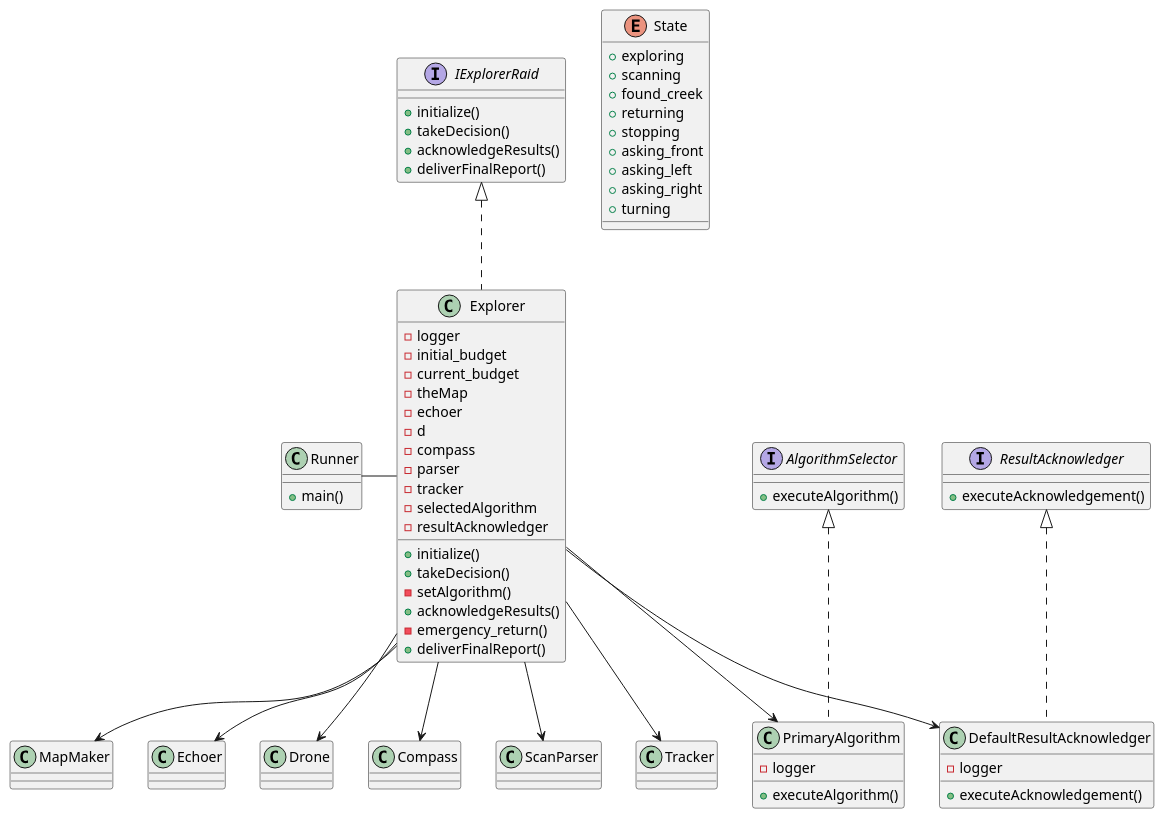
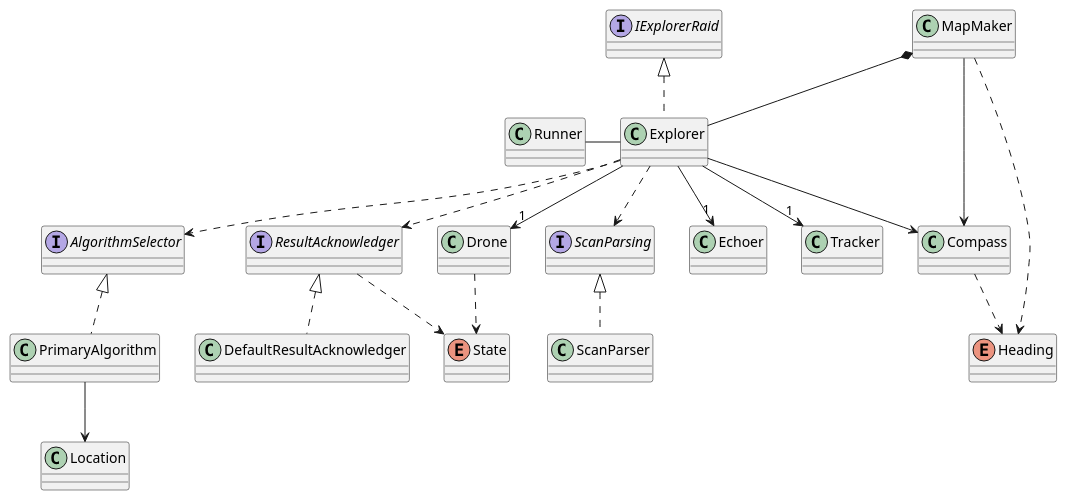
One commit to nehadst/Drone-Rescue changed the diagram in team102_UML.plantuml. Above: the diagram before and after it, drawn with PlantUML.

Commit message:
Further improved high level UML diagram #11

```diff
--- a/team102_UML.plantuml
+++ b/team102_UML.plantuml
@@ -1,73 +1,45 @@
-@startuml Team102_UML
+@startuml HighLevel_UML
 
-class Runner {
-    +main()
-}
+interface IExplorerRaid
+interface AlgorithmSelector
+interface ResultAcknowledger
+interface ScanParsing
+
+class Compass
+class DefaultResultAcknowledger implements ResultAcknowledger
+class Drone
+class Echoer
+class Explorer implements IExplorerRaid 
+class Location
+class MapMaker 
+class PrimaryAlgorithm implements AlgorithmSelector
+class Runner
+class ScanParser implements ScanParsing
+class Tracker
+
+enum State
+enum Heading
+
+Compass ..> Heading
+
+Drone ..> State
+
+Explorer --> "1" Echoer
+Explorer --> "1" Drone
+Explorer --> Compass
+Explorer ..> ScanParsing
+Explorer --> "1" Tracker
+Explorer ..> AlgorithmSelector
+Explorer ..> ResultAcknowledger
+
+MapMaker --> Compass
+MapMaker *-- Explorer
+MapMaker ..> Heading
+
+PrimaryAlgorithm --> Location
+
+ResultAcknowledger ..> State
 
 Runner - Explorer
 
-interface IExplorerRaid {
-    +initialize()
-    +takeDecision()
-    +acknowledgeResults()
-    +deliverFinalReport()
-}
-
-interface AlgorithmSelector {
-    +executeAlgorithm()
-}
-
-interface ResultAcknowledger {
-    +executeAcknowledgement()
-}
-
-class Explorer implements IExplorerRaid {
-    -logger
-    -initial_budget
-    -current_budget
-    -theMap
-    -echoer
-    - d
-    -compass
-    -parser
-    -tracker
-    -selectedAlgorithm
-    -resultAcknowledger
-    +initialize()
-    +takeDecision()
-    -setAlgorithm()
-    +acknowledgeResults()
-    -emergency_return()
-    +deliverFinalReport()
-
-}
-enum State {
-    +exploring
-    +scanning
-    +found_creek
-    +returning
-    +stopping
-    +asking_front
-    +asking_left
-    +asking_right
-    +turning
-}
-Explorer --> MapMaker
-Explorer --> Echoer
-Explorer --> Drone
-Explorer --> Compass
-Explorer --> ScanParser
-Explorer --> Tracker
-Explorer --> PrimaryAlgorithm
-Explorer --> DefaultResultAcknowledger
-
-class PrimaryAlgorithm implements AlgorithmSelector {
-    -logger
-    +executeAlgorithm()
-}
-class DefaultResultAcknowledger implements ResultAcknowledger {
-    -logger
-    +executeAcknowledgement()
-}
-
 @enduml
```
